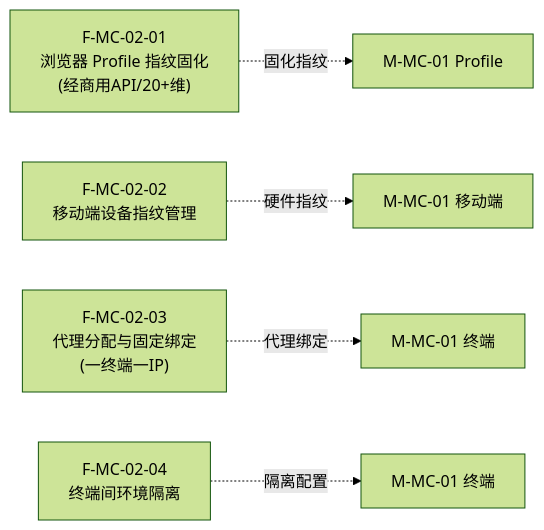
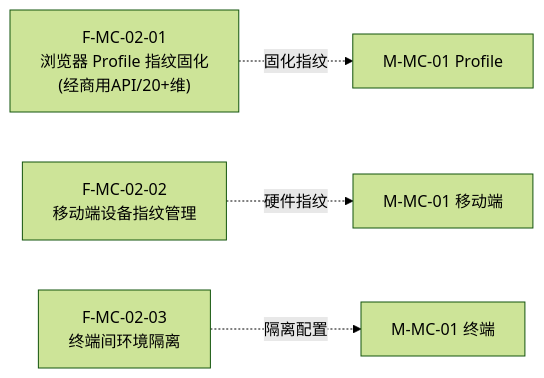
One commit to Sj-g/obsidian changed the ninth of 49 diagrams in 公司项目/认知作战/文档/软件概要设计-架构图.md. Above: the diagram before and after it, drawn with Mermaid (forest theme). The commit also changed other lines of this file, not shown here.

````diff
--- a/公司项目/认知作战/文档/软件概要设计-架构图.md
+++ b/公司项目/认知作战/文档/软件概要设计-架构图.md
@@ -221,12 +228,10 @@
 ```mermaid
 flowchart LR
     F0201["F-MC-02-01<br/>浏览器 Profile 指纹固化<br/>(经商用API/20+维)"]
     F0202["F-MC-02-02<br/>移动端设备指纹管理"]
-    F0203["F-MC-02-03<br/>代理分配与固定绑定<br/>(一终端一IP)"]
-    F0204["F-MC-02-04<br/>终端间环境隔离"]
+    F0203["F-MC-02-03<br/>终端间环境隔离"]
 
     F0201 -.->|"固化指纹"| EXT["M-MC-01 Profile"]
     F0202 -.->|"硬件指纹"| EXT2["M-MC-01 移动端"]
-    F0203 -.->|"代理绑定"| EXT3["M-MC-01 终端"]
-    F0204 -.->|"隔离配置"| EXT4["M-MC-01 终端"]
+    F0203 -.->|"隔离配置"| EXT3["M-MC-01 终端"]
 ```
````
